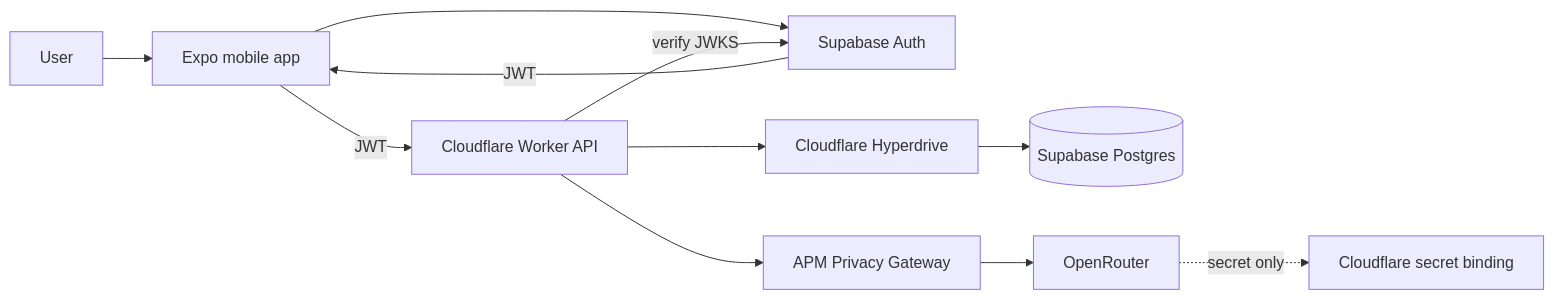
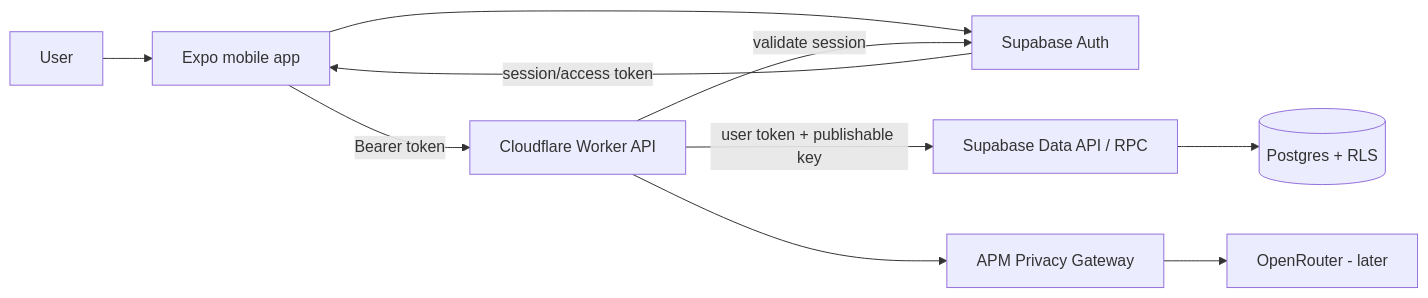
One commit to seq23/aplayer-mode changed the first of 3 diagrams in docs/17-MVP-INFRASTRUCTURE-PROVISIONING.md. Above: the diagram before and after it, drawn with Mermaid. The commit also changed other lines of this file and 3 other files, not shown here.

Commit message:
docs: align auth persistence and Supabase Cloudflare architecture

````diff
--- a/docs/17-MVP-INFRASTRUCTURE-PROVISIONING.md
+++ b/docs/17-MVP-INFRASTRUCTURE-PROVISIONING.md
@@ -30,14 +28,12 @@
 ```mermaid
 flowchart LR
   USER[User] --> MOBILE[Expo mobile app]
   MOBILE --> AUTH[Supabase Auth]
-  AUTH -->|JWT| MOBILE
-  MOBILE -->|JWT| CF[Cloudflare Worker API]
-  CF -->|verify JWKS| AUTH
-  CF --> HD[Cloudflare Hyperdrive]
-  HD --> PG[(Supabase Postgres)]
+  AUTH -->|session/access token| MOBILE
+  MOBILE -->|Bearer token| CF[Cloudflare Worker API]
+  CF -->|validate session| AUTH
+  CF -->|user token + publishable key| DATA[Supabase Data API / RPC]
+  DATA --> PG[(Postgres + RLS)]
   CF --> PRIV[APM Privacy Gateway]
-  PRIV --> OR[OpenRouter]
-
-  OR -. secret only .-> CFS[Cloudflare secret binding]
+  PRIV --> OR[OpenRouter - later]
 ```
````
